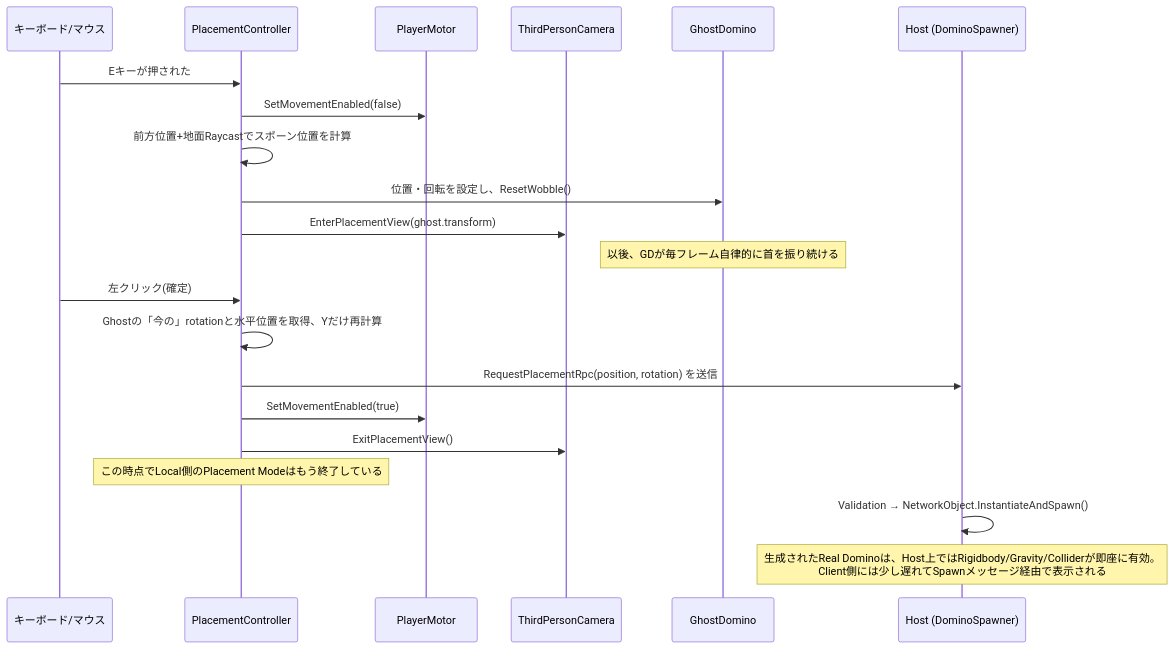
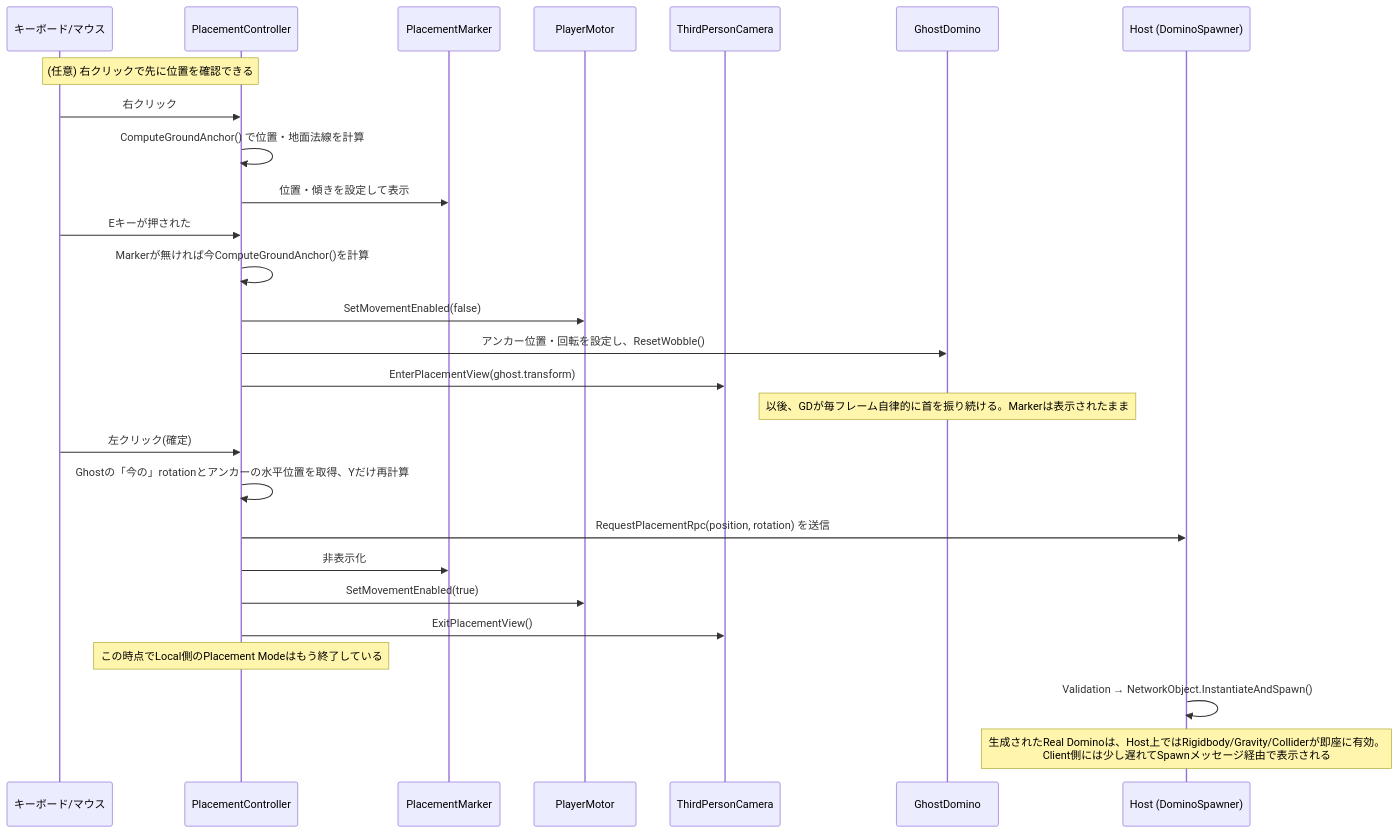
The first of 2 diagrams in Docs/PlayerSystem.md (skygonzaburou/domino-game), drawn with Mermaid before and after one commit. The commit also changed other lines of this file and 45 other files, not shown here.

First line of the commit message:
Step 6: Game Flow (BUILDING/READY/RUNNING/SUCCESS), Placement Marker, Stage Authoring

````diff
--- a/Docs/PlayerSystem.md
+++ b/Docs/PlayerSystem.md
@@ -170,25 +208,32 @@
 ```mermaid
 sequenceDiagram
     participant Kb as キーボード/マウス
     participant PC as PlacementController
+    participant Mk as PlacementMarker
     participant PM as PlayerMotor
     participant Cam as ThirdPersonCamera
     participant GD as GhostDomino
     participant Host as Host (DominoSpawner)
 
+    Note over Kb,PC: (任意) 右クリックで先に位置を確認できる
+    Kb->>PC: 右クリック
+    PC->>PC: ComputeGroundAnchor() で位置・地面法線を計算
+    PC->>Mk: 位置・傾きを設定して表示
+
     Kb->>PC: Eキーが押された
+    PC->>PC: Markerが無ければ今ComputeGroundAnchor()を計算
     PC->>PM: SetMovementEnabled(false)
-    PC->>PC: 前方位置+地面Raycastでスポーン位置を計算
-    PC->>GD: 位置・回転を設定し、ResetWobble()
+    PC->>GD: アンカー位置・回転を設定し、ResetWobble()
     PC->>Cam: EnterPlacementView(ghost.transform)
-    Note over GD: 以後、GDが毎フレーム自律的に首を振り続ける
+    Note over GD: 以後、GDが毎フレーム自律的に首を振り続ける。Markerは表示されたまま
 
     Kb->>PC: 左クリック(確定)
-    PC->>PC: Ghostの「今の」rotationと水平位置を取得、Yだけ再計算
+    PC->>PC: Ghostの「今の」rotationとアンカーの水平位置を取得、Yだけ再計算
     PC->>Host: RequestPlacementRpc(position, rotation) を送信
+    PC->>Mk: 非表示化
     PC->>PM: SetMovementEnabled(true)
     PC->>Cam: ExitPlacementView()
     Note over PC: この時点でLocal側のPlacement Modeはもう終了している
     Host->>Host: Validation → NetworkObject.InstantiateAndSpawn()
     Note over Host: 生成されたReal Dominoは、Host上ではRigidbody/Gravity/Colliderが即座に有効。<br/>Client側には少し遅れてSpawnメッセージ経由で表示される
 ```
````
